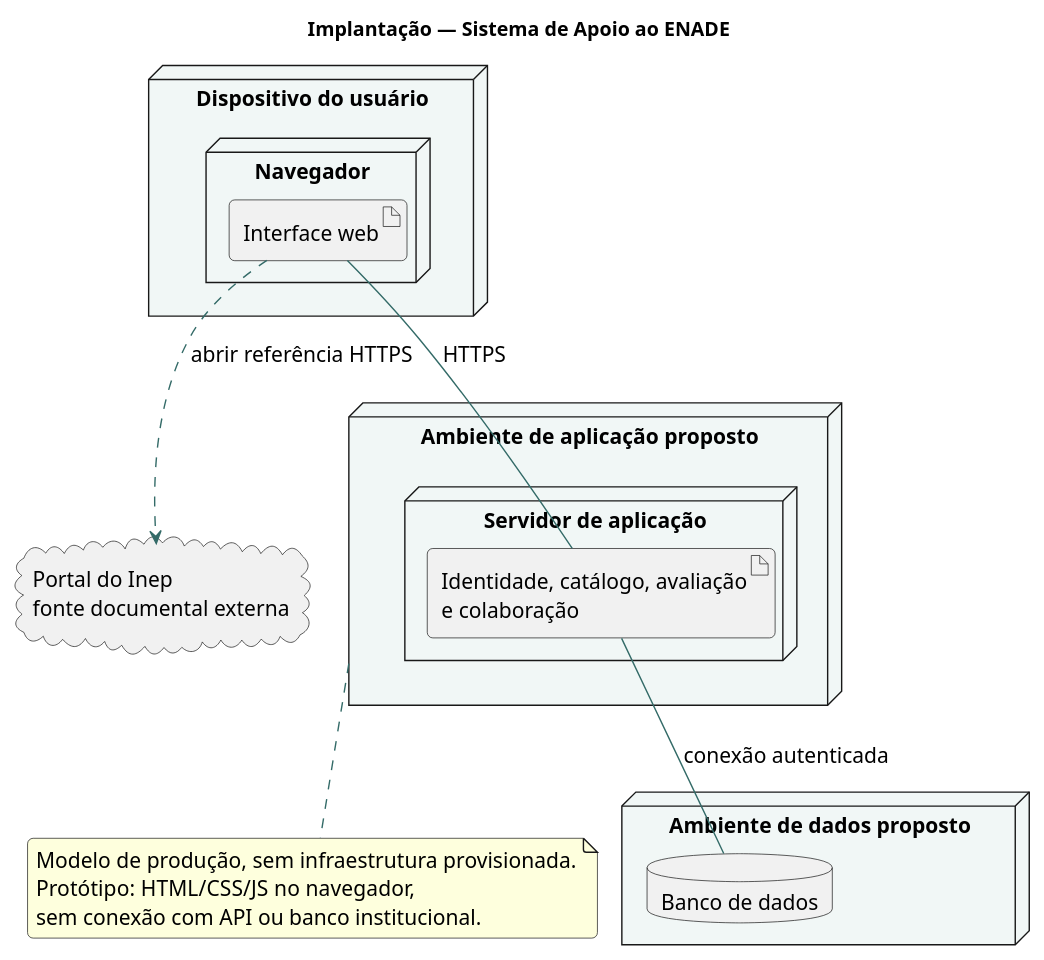
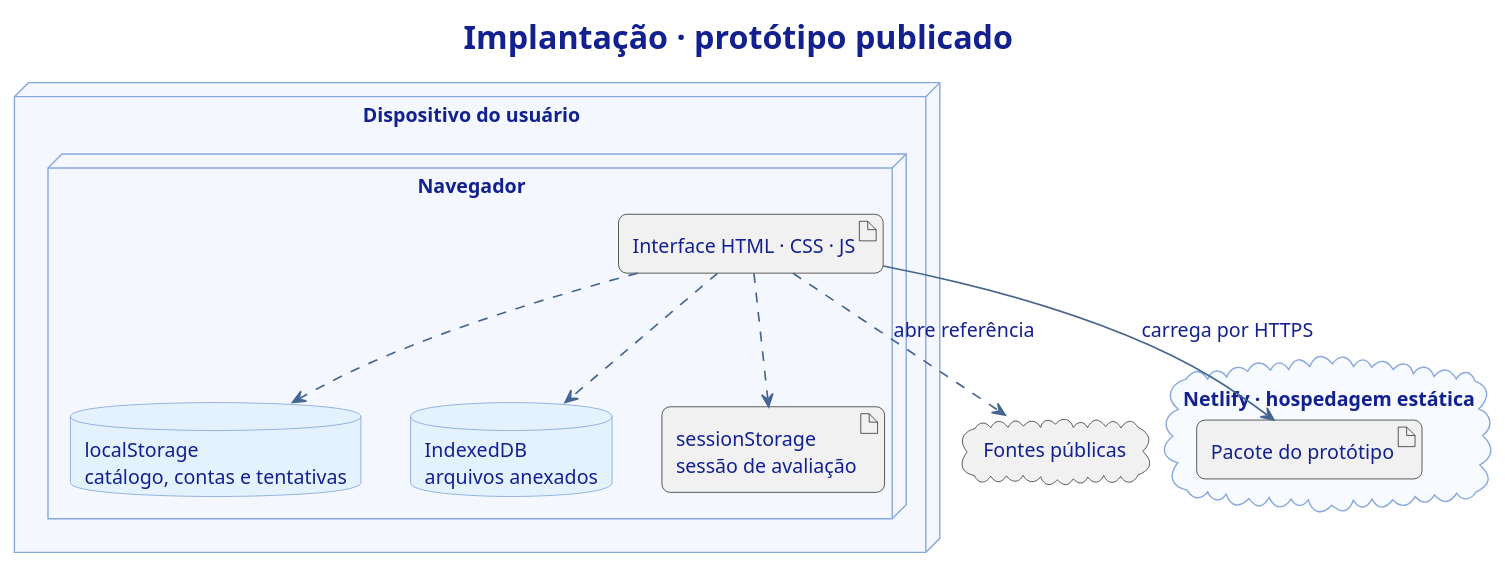
One commit to SamirMaia91/requisitos-20262--grupo2 changed the diagram in Requisitos/Artefatos/SistemaApoioENADE/UML/Implantacao.puml. Above: the diagram before and after it, drawn with PlantUML. The commit also changed 71 other files, not shown here.

Commit message:
Aprimora a modelagem e o protótipo ENADE

```diff
--- a/Requisitos/Artefatos/SistemaApoioENADE/UML/Implantacao.puml
+++ b/Requisitos/Artefatos/SistemaApoioENADE/UML/Implantacao.puml
@@ -1,37 +1,62 @@
 @startuml
 skinparam backgroundColor #FFFFFF
-skinparam defaultFontName SansSerif
-skinparam defaultFontSize 15
+skinparam defaultFontName Arial
+skinparam defaultFontSize 14
+skinparam defaultFontColor #132190
+skinparam titleFontColor #132190
+skinparam titleFontSize 23
 skinparam shadowing false
-skinparam ArrowColor #346B68
-skinparam componentStyle uml2
-skinparam roundcorner 8
-skinparam classBackgroundColor #F1F7F6
-skinparam usecaseBackgroundColor #F1F7F6
-skinparam componentBackgroundColor #F1F7F6
-skinparam nodeBackgroundColor #F1F7F6
+skinparam ArrowColor #46658F
+skinparam ArrowThickness 1.2
+skinparam roundcorner 12
+skinparam BorderColor #87A8DE
+skinparam actorBorderColor #132190
+skinparam actorFontColor #132190
+skinparam actorBackgroundColor #E4F2FE
+skinparam packageBorderColor #87A8DE
+skinparam packageBackgroundColor #F7FAFF
+skinparam rectangleBorderColor #87A8DE
+skinparam rectangleBackgroundColor #FFFFFF
+skinparam usecaseBorderColor #7096D6
+skinparam usecaseBackgroundColor #E4F2FE
+skinparam classBackgroundColor #F4F8FE
+skinparam classBorderColor #7096D6
+skinparam componentBackgroundColor #E4F2FE
+skinparam componentBorderColor #7096D6
+skinparam nodeBackgroundColor #F4F8FE
+skinparam nodeBorderColor #7096D6
+skinparam databaseBackgroundColor #E4F2FE
+skinparam databaseBorderColor #7096D6
+skinparam noteBackgroundColor #F7FAFF
+skinparam noteBorderColor #87A8DE
+skinparam sequenceGroupBorderColor #87A8DE
+skinparam sequenceGroupBackgroundColor #E4F2FE
+skinparam sequenceLifeLineBorderColor #87A8DE
+skinparam sequenceParticipantBorderColor #7096D6
+skinparam sequenceParticipantBackgroundColor #E4F2FE
 skinparam sequenceMessageAlign center
-title Implantação — Sistema de Apoio ao ENADE
-node "Dispositivo do usuário" as DEV {
- node "Navegador" as BROWSER {
-  artifact "Interface web" as WEB
+skinparam activityBackgroundColor #E4F2FE
+skinparam activityBorderColor #7096D6
+skinparam activityDiamondBackgroundColor #F4F8FE
+skinparam activityDiamondBorderColor #7096D6
+skinparam activityStartColor #004AF7
+skinparam activityEndColor #132190
+title Implantação · protótipo publicado
+ node "Dispositivo do usuário" as LOCAL {
+  node "Navegador" as B1 {
+   artifact "Interface HTML · CSS · JS" as WEB1
+   database "localStorage\ncatálogo, contas e tentativas" as LS
+   database "IndexedDB\narquivos anexados" as IDB
+   artifact "sessionStorage\nsessão de avaliação" as SS
+  }
  }
-}
-node "Ambiente de aplicação proposto" as APP {
- node "Servidor de aplicação" as SERVER {
-  artifact "Identidade, catálogo, avaliação\ne colaboração" as API
+ cloud "Netlify · hospedagem estática" as NET {
+  artifact "Pacote do protótipo" as STATIC
  }
-}
-node "Ambiente de dados proposto" as DATA {
- database "Banco de dados" as DB
-}
-cloud "Portal do Inep\nfonte documental externa" as INEP
-WEB -- API : HTTPS
-API -- DB : conexão autenticada
-WEB ..> INEP : abrir referência HTTPS
-note bottom of APP
-Modelo de produção, sem infraestrutura provisionada.
-Protótipo: HTML/CSS/JS no navegador,
-sem conexão com API ou banco institucional.
-end note
+ cloud "Fontes públicas" as SRC1
+ WEB1 ..> LS
+ WEB1 ..> IDB
+ WEB1 ..> SS
+ WEB1 --> STATIC : carrega por HTTPS
+ WEB1 ..> SRC1 : abre referência
 @enduml
```
